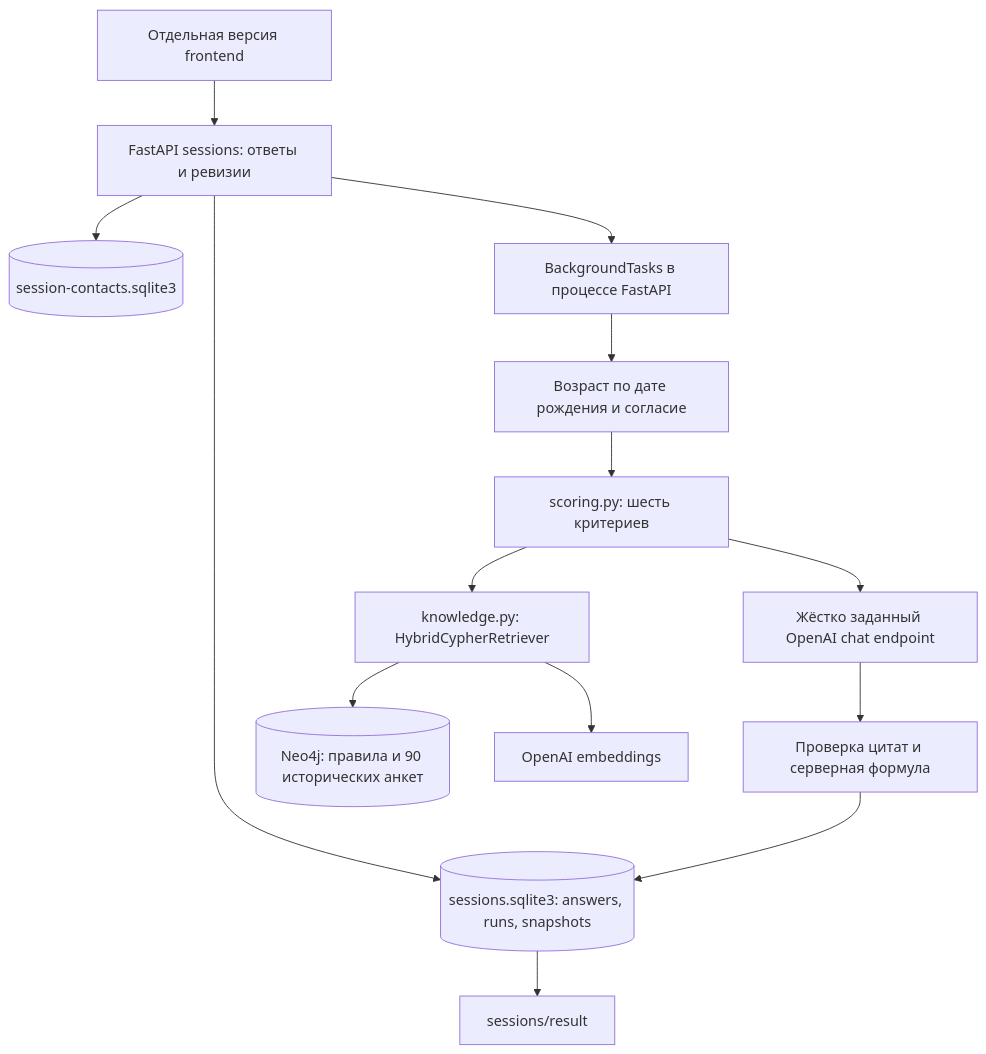
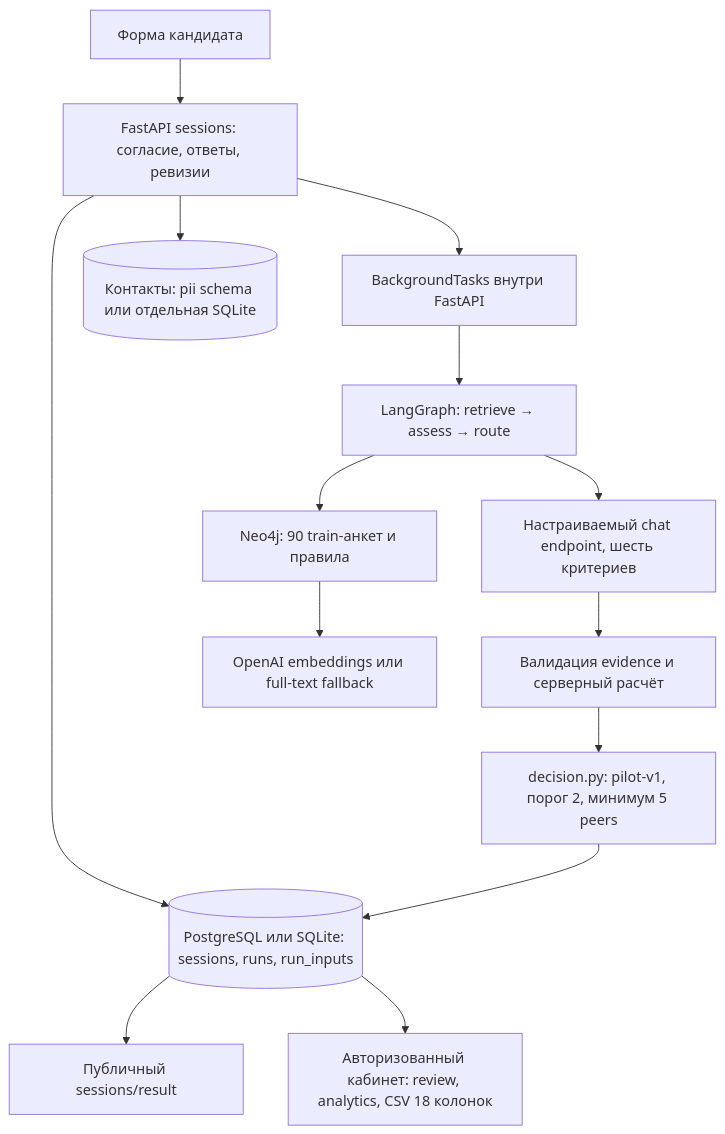
Before and after one commit to Ai-b0ss/code-with-purpose-2-2026: the second of 2 diagrams in docs/architecture.md, drawn with Mermaid. The commit also changed other lines of this file and 7 other files, not shown here.

````diff
--- a/docs/architecture.md
+++ b/docs/architecture.md
@@ -51,16 +51,16 @@
 ```mermaid
 flowchart TD
-    PF["Отдельная версия frontend"] --> S["FastAPI sessions: ответы и ревизии"]
-    S --> PII[("session-contacts.sqlite3")]
-    S --> DB[("sessions.sqlite3: answers, runs, snapshots")]
-    S --> B["BackgroundTasks в процессе FastAPI"]
-    B --> EG["Возраст по дате рождения и согласие"]
-    EG --> SC["scoring.py: шесть критериев"]
-    SC --> K["knowledge.py: HybridCypherRetriever"]
-    K --> N[("Neo4j: правила и 90 исторических анкет")]
-    K --> OE["OpenAI embeddings"]
-    SC --> OC["Жёстко заданный OpenAI chat endpoint"]
-    OC --> VAL["Проверка цитат и серверная формула"]
-    VAL --> DB
-    DB --> PR["sessions/result"]
+    PF["Форма кандидата"] --> S["FastAPI sessions: согласие, ответы, ревизии"]
+    S --> DB[("PostgreSQL или SQLite: sessions, runs, run_inputs")]
+    S --> PII[("Контакты: pii schema или отдельная SQLite")]
+    S --> B["BackgroundTasks внутри FastAPI"]
+    B --> LG["LangGraph: retrieve → assess → route"]
+    LG --> K["Neo4j: 90 train-анкет и правила"]
+    K --> R["OpenAI embeddings или full-text fallback"]
+    LG --> SC["Настраиваемый chat endpoint, шесть критериев"]
+    SC --> V["Валидация evidence и серверный расчёт"]
+    V --> D["decision.py: pilot-v1, порог 2, минимум 5 peers"]
+    D --> DB
+    DB --> PR["Публичный sessions/result"]
+    DB --> ADM["Авторизованный кабинет: review, analytics, CSV 18 колонок"]
 ```
````
